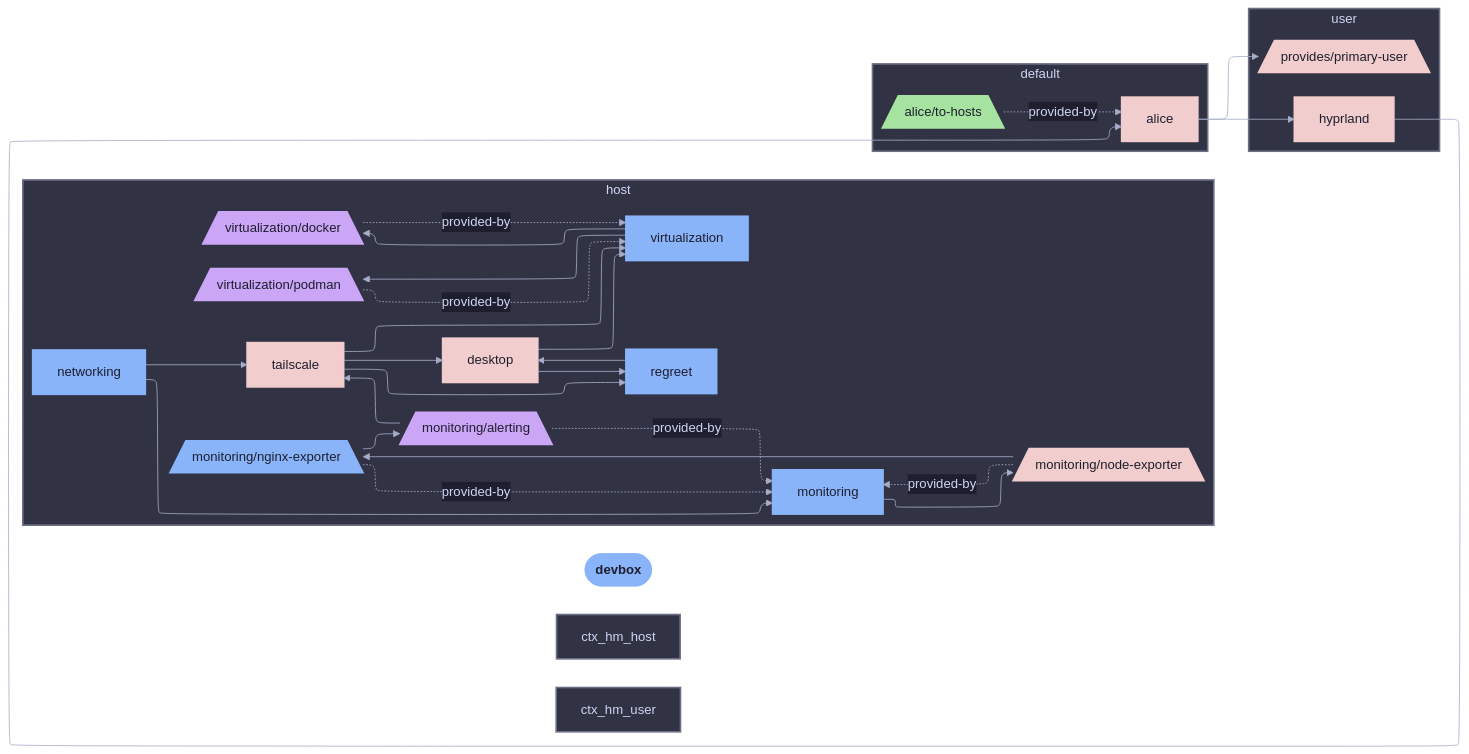
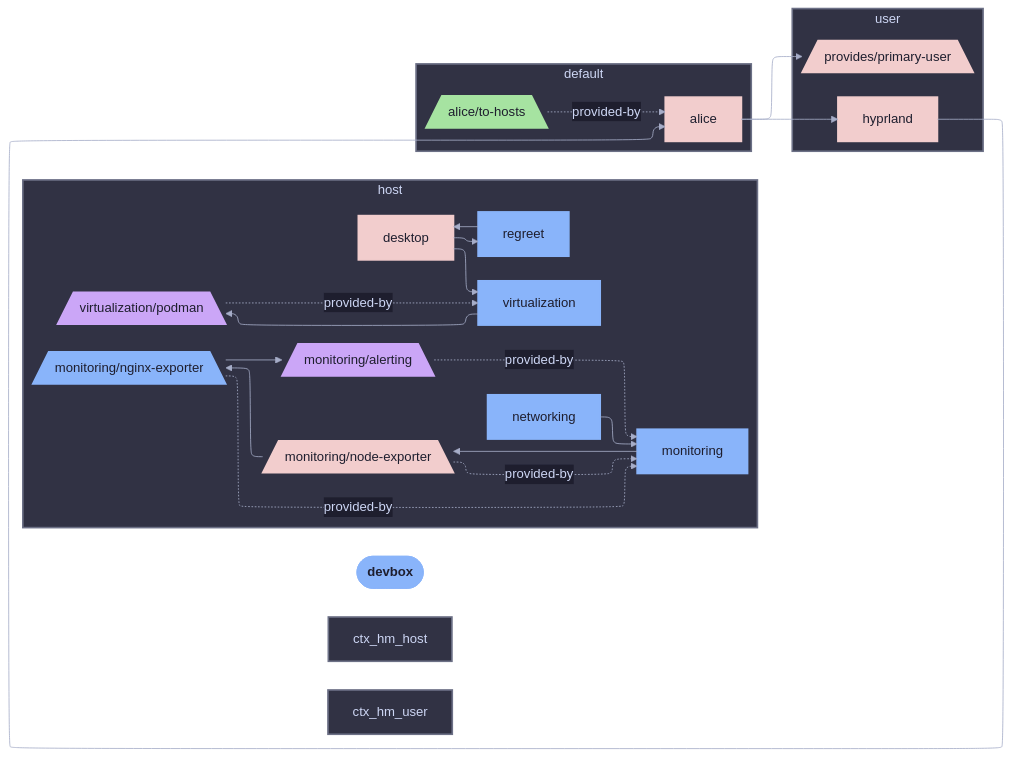
Before and after one commit to sini/den: the diagram in templates/diag-fx-demo/diagrams/devbox-declared.md, drawn with Mermaid. The commit also changed 526 other files, not shown here.

Commit message:
chore: update fx diagrams

````diff
--- a/templates/diag-fx-demo/diagrams/devbox-declared.md
+++ b/templates/diag-fx-demo/diagrams/devbox-declared.md
@@ -5,74 +5,63 @@
 ```mermaid
 %%{init: {"elk":{"mergeEdges":true,"nodePlacementStrategy":"BRANDES_KOEPF"},"layout":"elk","theme":"base","themeVariables":{"activationBkgColor":"#313244","activationBorderColor":"#6c7086","actorBkg":"#313244","actorBorder":"#a6adc8","actorLineColor":"#a6adc8","actorTextColor":"#cdd6f4","background":"#1e1e2e","classText":"#cdd6f4","clusterBkg":"#313244","clusterBorder":"#6c7086","edgeLabelBackground":"#1e1e2e","labelBoxBkgColor":"#313244","labelBoxBorderColor":"#a6adc8","labelTextColor":"#cdd6f4","lineColor":"#a6adc8","loopTextColor":"#cdd6f4","mainBkg":"#313244","nodeBkg":"#313244","nodeBorder":"#a6adc8","nodeTextColor":"#cdd6f4","noteBkgColor":"#313244","noteBorderColor":"#6c7086","noteTextColor":"#cdd6f4","pie1":"#f38ba8","pie2":"#fab387","pie3":"#f9e2af","pie4":"#a6e3a1","pie5":"#94e2d5","pie6":"#89b4fa","pie7":"#cba6f7","pie8":"#f2cdcd","pieLegendTextColor":"#cdd6f4","pieOuterStrokeColor":"#6c7086","pieSectionTextColor":"#cdd6f4","pieStrokeColor":"#6c7086","pieTitleTextColor":"#cdd6f4","primaryBorderColor":"#a6adc8","primaryColor":"#313244","primaryTextColor":"#cdd6f4","secondBkg":"#313244","secondaryBorderColor":"#6c7086","secondaryColor":"#313244","secondaryTextColor":"#cdd6f4","sequenceNumberColor":"#1e1e2e","signalColor":"#a6adc8","signalTextColor":"#cdd6f4","tertiaryBorderColor":"#6c7086","tertiaryColor":"#313244","tertiaryTextColor":"#cdd6f4","textColor":"#cdd6f4","titleColor":"#cdd6f4"}}}%%
 graph LR
   devbox([devbox]):::root
 
   subgraph ctx_host["host"]
   monitoring__alerting[/"monitoring/alerting"\]:::monitoring__alerting_c
   desktop["desktop"]:::desktop_c
-  virtualization__docker[/"virtualization/docker"\]:::virtualization__docker_c
   monitoring["monitoring"]:::monitoring_c
   networking["networking"]:::networking_c
   monitoring__nginx_exporter[/"monitoring/nginx-exporter"\]:::monitoring__nginx_exporter_c
   monitoring__node_exporter[/"monitoring/node-exporter"\]:::monitoring__node_exporter_c
   virtualization__podman[/"virtualization/podman"\]:::virtualization__podman_c
   regreet["regreet"]:::regreet_c
-  tailscale["tailscale"]:::tailscale_c
   virtualization["virtualization"]:::virtualization_c
   desktop --> regreet
   desktop --> virtualization
   monitoring --> monitoring__node_exporter
-  monitoring__alerting --> tailscale
   monitoring__nginx_exporter --> monitoring__alerting
   monitoring__node_exporter --> monitoring__nginx_exporter
   networking --> monitoring
-  networking --> tailscale
   regreet --> desktop
-  tailscale --> desktop
-  tailscale --> regreet
-  tailscale --> virtualization
-  virtualization --> virtualization__docker
   virtualization --> virtualization__podman
   virtualization__podman -.->|provided-by| virtualization
   monitoring__node_exporter -.->|provided-by| monitoring
   monitoring__nginx_exporter -.->|provided-by| monitoring
   monitoring__alerting -.->|provided-by| monitoring
-  virtualization__docker -.->|provided-by| virtualization
   end
   subgraph ctx_default["default"]
   alice__to_hosts[/"alice/to-hosts"\]:::alice__to_hosts_c
   alice__to_hosts -.->|provided-by| alice
   end
   subgraph ctx_user["user"]
   alice["alice"]:::alice_c
   hyprland["hyprland"]:::hyprland_c
   den__provides__primary_user[/"provides/primary-user"\]:::den__provides__primary_user_c
   alice --> hyprland
   alice --> den__provides__primary_user
   hyprland --> alice
   end
 
 
   classDef root fill:#89b4fa,stroke:#89b4fa,color:#1e1e2e,font-weight:bold
   classDef monitoring__alerting_c fill:#cba6f7,stroke:#cba6f7,color:#1e1e2e,stroke-width:2px
   classDef alice_c fill:#f2cdcd,stroke:#f2cdcd,color:#1e1e2e,stroke-width:2px
   classDef desktop_c fill:#f2cdcd,stroke:#f2cdcd,color:#1e1e2e,stroke-width:2px
   classDef devbox_c fill:#f2cdcd,stroke:#f2cdcd,color:#1e1e2e,stroke-width:3px
-  classDef virtualization__docker_c fill:#cba6f7,stroke:#cba6f7,color:#1e1e2e,stroke-width:2px
   classDef hyprland_c fill:#f2cdcd,stroke:#f2cdcd,color:#1e1e2e,stroke-width:2px
   classDef monitoring_c fill:#89b4fa,stroke:#89b4fa,color:#1e1e2e,stroke-width:2px
   classDef networking_c fill:#89b4fa,stroke:#89b4fa,color:#1e1e2e,stroke-width:2px
   classDef monitoring__nginx_exporter_c fill:#89b4fa,stroke:#89b4fa,color:#1e1e2e,stroke-width:2px
   classDef monitoring__node_exporter_c fill:#f2cdcd,stroke:#f2cdcd,color:#1e1e2e,stroke-width:2px
   classDef virtualization__podman_c fill:#cba6f7,stroke:#cba6f7,color:#1e1e2e,stroke-width:2px
   classDef den__provides__primary_user_c fill:#f2cdcd,stroke:#f2cdcd,color:#1e1e2e,stroke-width:2px
   classDef regreet_c fill:#89b4fa,stroke:#89b4fa,color:#1e1e2e,stroke-width:2px
-  classDef tailscale_c fill:#f2cdcd,stroke:#f2cdcd,color:#1e1e2e,stroke-width:2px
   classDef alice__to_hosts_c fill:#a6e3a1,stroke:#a6e3a1,color:#1e1e2e,stroke-width:2px
   classDef virtualization_c fill:#89b4fa,stroke:#89b4fa,color:#1e1e2e,stroke-width:2px
 style ctx_host fill:#313244,stroke:#6c7086,stroke-width:2px
 style ctx_default fill:#313244,stroke:#6c7086,stroke-width:2px
 style ctx_hm_host fill:#313244,stroke:#6c7086,stroke-width:2px
 style ctx_hm_user fill:#313244,stroke:#6c7086,stroke-width:2px
 style ctx_user fill:#313244,stroke:#6c7086,stroke-width:2px
 ```
````
